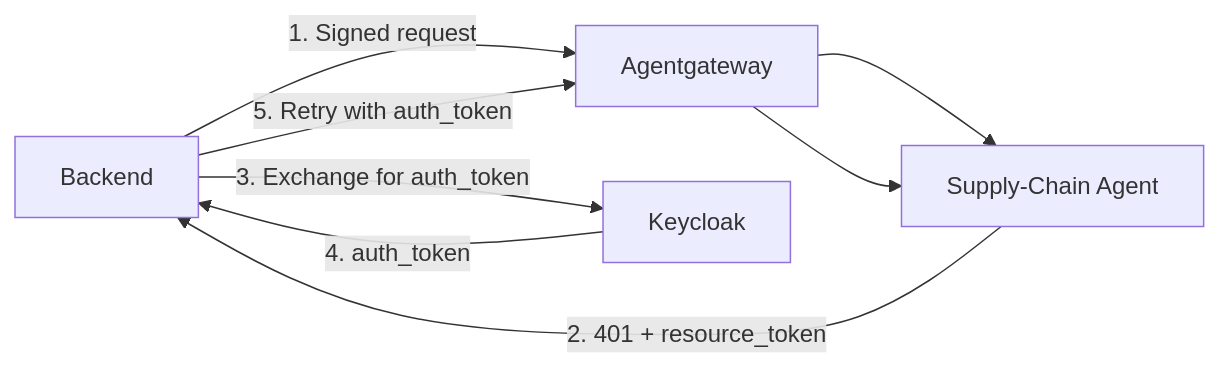
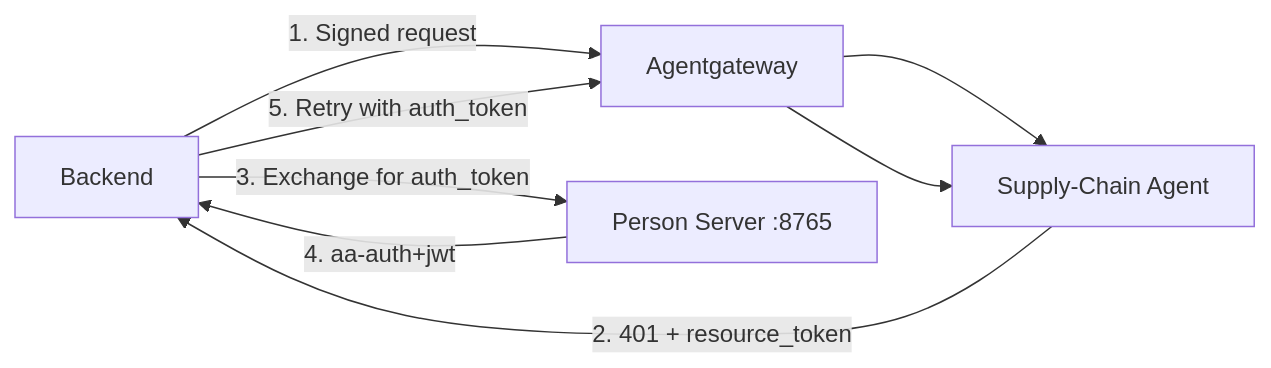
Before and after one commit to christian-posta/aauth-full-demo: the second of 2 diagrams in docs/agent-authorization-autonomous.md, drawn with Mermaid. The commit also changed other lines of this file and 88 other files, not shown here.

````diff
--- a/docs/agent-authorization-autonomous.md
+++ b/docs/agent-authorization-autonomous.md
@@ -181,8 +183,8 @@
 ```mermaid
 flowchart LR
     BE[Backend] -->|1. Signed request| AGW[Agentgateway] --> SCA[Supply-Chain Agent]
     SCA -->|2. 401 + resource_token| BE
-    BE -->|3. Exchange for auth_token| KC[Keycloak]
-    KC -->|4. auth_token| BE
+    BE -->|3. Exchange for auth_token| PS[Person Server :8765]
+    PS -->|4. aa-auth+jwt| BE
     BE -->|5. Retry with auth_token| AGW --> SCA
 ```
````
